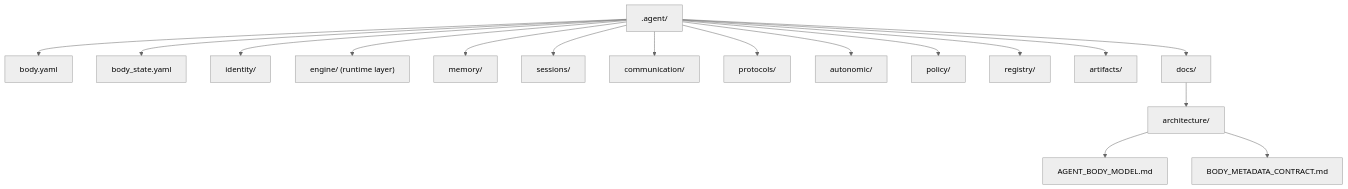
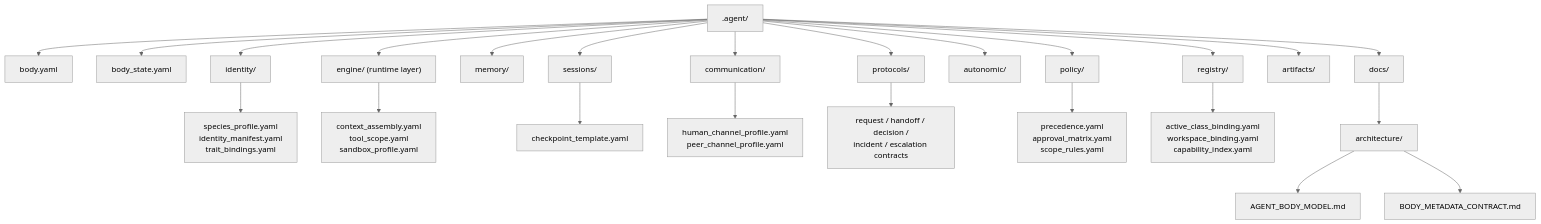
The diagram in .agent/docs/architecture/AGENT_BODY_MODEL.md (SungYongMOON/soulforge), drawn with Mermaid (neutral theme) before and after one commit. The commit also changed other lines of this file and 43 other files, not shown here.

````diff
--- a/.agent/docs/architecture/AGENT_BODY_MODEL.md
+++ b/.agent/docs/architecture/AGENT_BODY_MODEL.md
@@ -28,19 +28,26 @@
 ```mermaid
 flowchart TD
   B[".agent/"] --> BY["body.yaml"]
   B --> BS["body_state.yaml"]
   B --> I["identity/"]
   B --> E["engine/ (runtime layer)"]
   B --> M["memory/"]
   B --> S["sessions/"]
   B --> C["communication/"]
   B --> PR["protocols/"]
   B --> A["autonomic/"]
   B --> P["policy/"]
   B --> R["registry/"]
   B --> AR["artifacts/"]
   B --> D["docs/"]
+  I --> IY["species_profile.yaml<br/>identity_manifest.yaml<br/>trait_bindings.yaml"]
+  E --> EY["context_assembly.yaml<br/>tool_scope.yaml<br/>sandbox_profile.yaml"]
+  S --> SY["checkpoint_template.yaml"]
+  C --> CY["human_channel_profile.yaml<br/>peer_channel_profile.yaml"]
+  PR --> PY["request / handoff / decision /<br/>incident / escalation contracts"]
+  P --> PF["precedence.yaml<br/>approval_matrix.yaml<br/>scope_rules.yaml"]
+  R --> RY["active_class_binding.yaml<br/>workspace_binding.yaml<br/>capability_index.yaml"]
   D --> DA["architecture/"]
   DA --> DM["AGENT_BODY_MODEL.md"]
   DA --> DC["BODY_METADATA_CONTRACT.md"]
 ```
````
